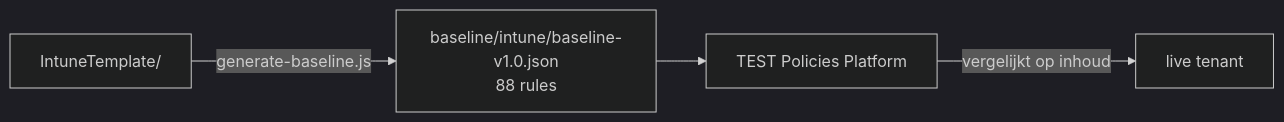
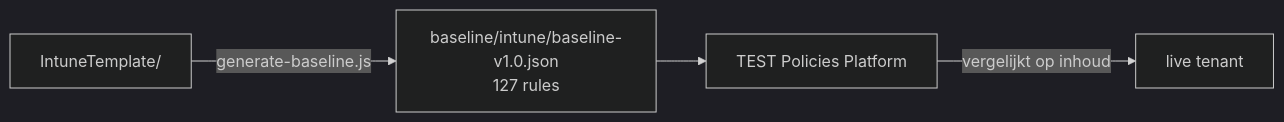
One commit to sjkanon/IntuneBackup changed the diagram in baseline/README.md. Above: the diagram before and after it, drawn with Mermaid (dark theme). The commit also changed other lines of this file and 2 other files, not shown here.

First line of the commit message:
baseline/README.md wordt nu echt gegenereerd

````diff
--- a/baseline/README.md
+++ b/baseline/README.md
@@ -8,6 +10,6 @@
 ```mermaid
 flowchart LR
-  T["IntuneTemplate/"] -->|generate-baseline.js| B["baseline/intune/baseline-v1.0.json<br/>88 rules"]
+  T["IntuneTemplate/"] -->|generate-baseline.js| B["baseline/intune/baseline-v1.0.json<br/>127 rules"]
   B --> P["TEST Policies Platform"]
   P -->|vergelijkt op inhoud| TEN["live tenant"]
 ```
````
